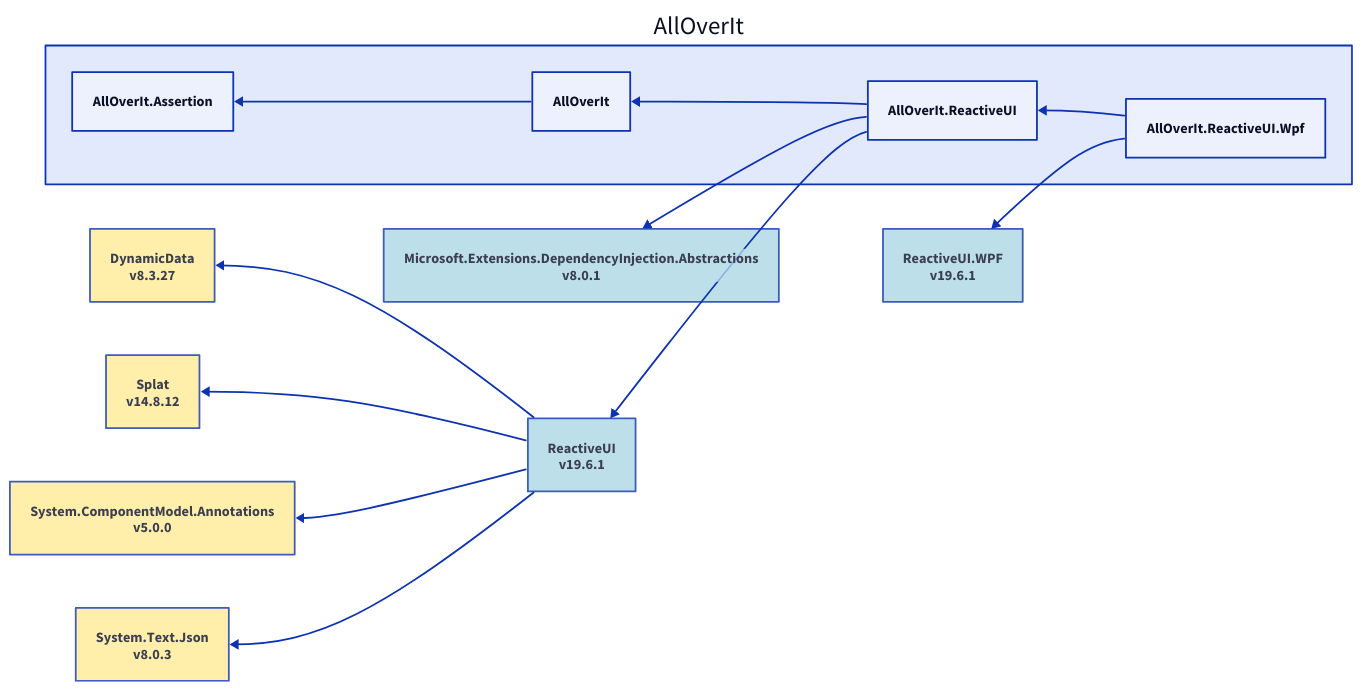
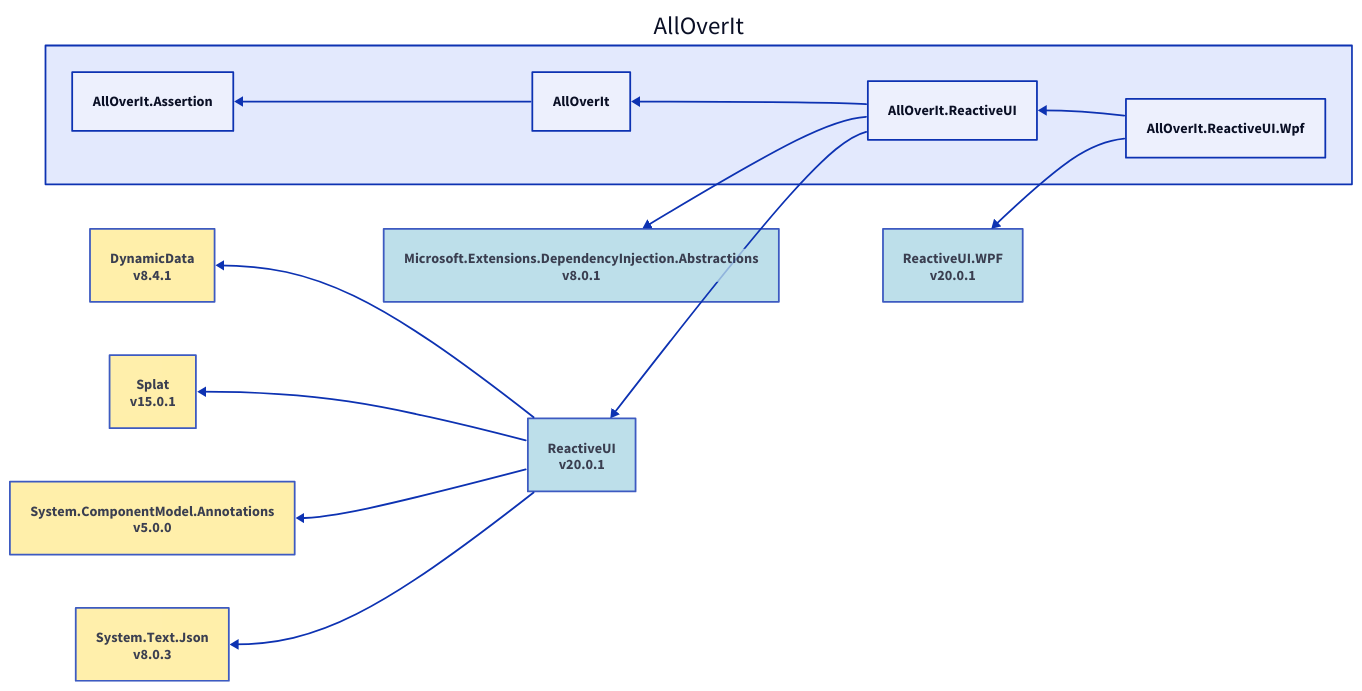
The diagram in Docs/Reference/Content/images/dependencies/net7.0/alloverit-reactiveui-wpf.d2 (mjfreelancing/AllOverIt), drawn with D2 before and after one commit. The commit also changed 1310 other files, not shown here.

```diff
--- a/Docs/Reference/Content/images/dependencies/net7.0/alloverit-reactiveui-wpf.d2
+++ b/Docs/Reference/Content/images/dependencies/net7.0/alloverit-reactiveui-wpf.d2
@@ -1,38 +1,38 @@
 direction: left
 
 aoi: AllOverIt
 aoi.alloverit-reactiveui-wpf: AllOverIt.ReactiveUI.Wpf
-reactiveui-wpf_19-6-1: ReactiveUI.WPF\nv19.6.1
-reactiveui-wpf_19-6-1.style.fill: "#ADD8E6"
-reactiveui-wpf_19-6-1.style.opacity: 0.8
-reactiveui-wpf_19-6-1 <- aoi.alloverit-reactiveui-wpf
+reactiveui-wpf_20-0-1: ReactiveUI.WPF\nv20.0.1
+reactiveui-wpf_20-0-1.style.fill: "#ADD8E6"
+reactiveui-wpf_20-0-1.style.opacity: 0.8
+reactiveui-wpf_20-0-1 <- aoi.alloverit-reactiveui-wpf
 aoi.alloverit-reactiveui: AllOverIt.ReactiveUI
 microsoft-extensions-dependencyinjection-abstractions_8-0-1: Microsoft.Extensions.DependencyInjection.Abstractions\nv8.0.1
 microsoft-extensions-dependencyinjection-abstractions_8-0-1.style.fill: "#ADD8E6"
 microsoft-extensions-dependencyinjection-abstractions_8-0-1.style.opacity: 0.8
 microsoft-extensions-dependencyinjection-abstractions_8-0-1 <- aoi.alloverit-reactiveui
-reactiveui_19-6-1: ReactiveUI\nv19.6.1
-reactiveui_19-6-1.style.fill: "#ADD8E6"
-reactiveui_19-6-1.style.opacity: 0.8
-dynamicdata_8-3-27: DynamicData\nv8.3.27
-dynamicdata_8-3-27.style.fill: "#FFEC96"
-dynamicdata_8-3-27.style.opacity: 0.8
-dynamicdata_8-3-27 <- reactiveui_19-6-1
-splat_14-8-12: Splat\nv14.8.12
-splat_14-8-12.style.fill: "#FFEC96"
-splat_14-8-12.style.opacity: 0.8
-splat_14-8-12 <- reactiveui_19-6-1
+reactiveui_20-0-1: ReactiveUI\nv20.0.1
+reactiveui_20-0-1.style.fill: "#ADD8E6"
+reactiveui_20-0-1.style.opacity: 0.8
+dynamicdata_8-4-1: DynamicData\nv8.4.1
+dynamicdata_8-4-1.style.fill: "#FFEC96"
+dynamicdata_8-4-1.style.opacity: 0.8
+dynamicdata_8-4-1 <- reactiveui_20-0-1
+splat_15-0-1: Splat\nv15.0.1
+splat_15-0-1.style.fill: "#FFEC96"
+splat_15-0-1.style.opacity: 0.8
+splat_15-0-1 <- reactiveui_20-0-1
 system-componentmodel-annotations_5-0-0: System.ComponentModel.Annotations\nv5.0.0
 system-componentmodel-annotations_5-0-0.style.fill: "#FFEC96"
 system-componentmodel-annotations_5-0-0.style.opacity: 0.8
-system-componentmodel-annotations_5-0-0 <- reactiveui_19-6-1
+system-componentmodel-annotations_5-0-0 <- reactiveui_20-0-1
 system-text-json_8-0-3: System.Text.Json\nv8.0.3
 system-text-json_8-0-3.style.fill: "#FFEC96"
 system-text-json_8-0-3.style.opacity: 0.8
-system-text-json_8-0-3 <- reactiveui_19-6-1
-reactiveui_19-6-1 <- aoi.alloverit-reactiveui
+system-text-json_8-0-3 <- reactiveui_20-0-1
+reactiveui_20-0-1 <- aoi.alloverit-reactiveui
 aoi.alloverit: AllOverIt
 aoi.alloverit-assertion: AllOverIt.Assertion
 aoi.alloverit-assertion <- aoi.alloverit
 aoi.alloverit <- aoi.alloverit-reactiveui
 aoi.alloverit-reactiveui <- aoi.alloverit-reactiveui-wpf
```
